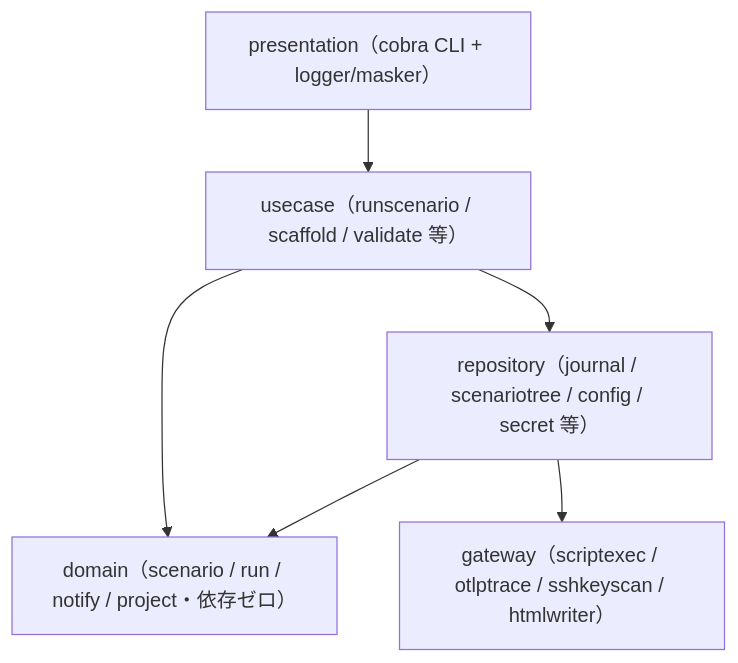
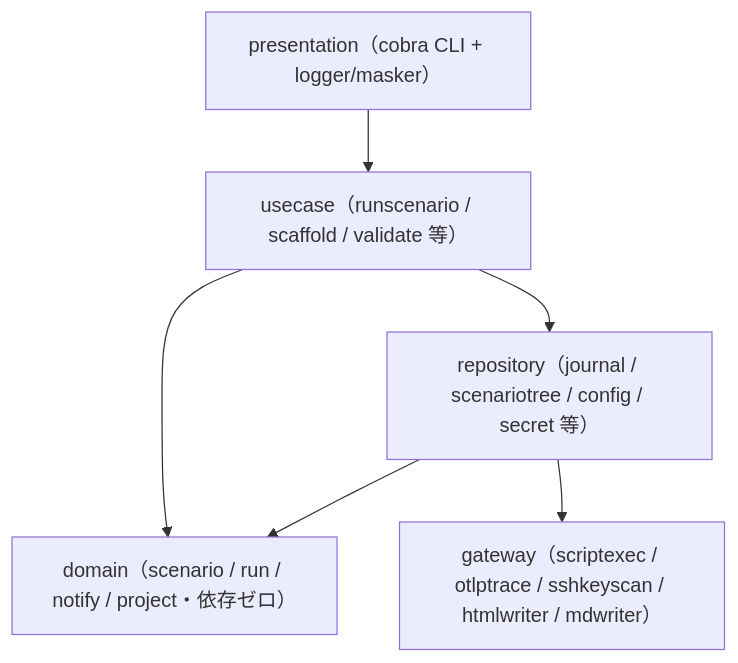
One commit to scenario-test-framework/stfw changed the third of 5 diagrams in docs/arch/latest/arch-design.md. Above: the diagram before and after it, drawn with Mermaid. The commit also changed other lines of this file and 15 other files, not shown here.

````diff
--- a/docs/arch/latest/arch-design.md
+++ b/docs/arch/latest/arch-design.md
@@ -261,8 +274,8 @@
 ```mermaid
 graph TD
 P["presentation（cobra CLI + logger/masker）"] --> U["usecase（runscenario / scaffold / validate 等）"]
 U --> D["domain（scenario / run / notify / project・依存ゼロ）"]
 U --> R["repository（journal / scenariotree / config / secret 等）"]
 R --> D
-R --> G["gateway（scriptexec / otlptrace / sshkeyscan / htmlwriter）"]
+R --> G["gateway（scriptexec / otlptrace / sshkeyscan / htmlwriter / mdwriter）"]
 ```
````
